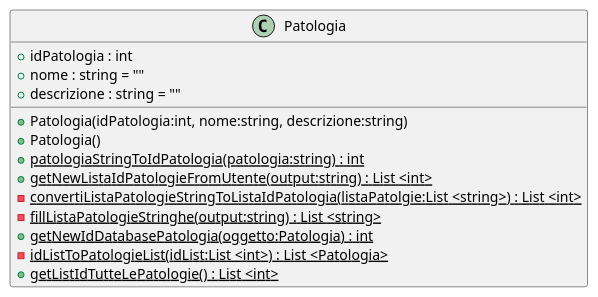
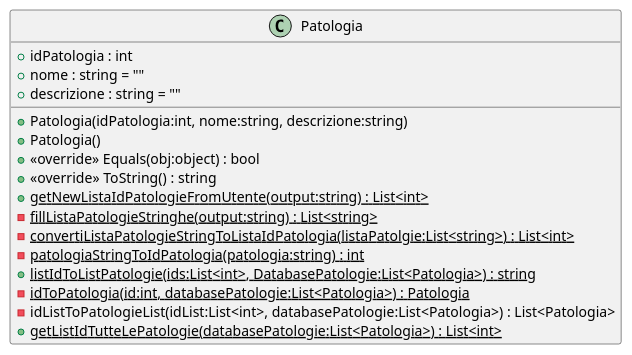
The diagram in doc/plantUml con associazioni/Patologia.puml (zSavT/Healthy-Catering), drawn with PlantUML before and after one commit. The commit also changed 26 other files, not shown here.

Commit message:
aggiornati uml (anche immagini)

```diff
--- a/doc/plantUml con associazioni/Patologia.puml
+++ b/doc/plantUml con associazioni/Patologia.puml
@@ -1,16 +1,19 @@
 @startuml
 class Patologia {
     + idPatologia : int
     + nome : string = ""
     + descrizione : string = ""
     + Patologia(idPatologia:int, nome:string, descrizione:string)
     + Patologia()
-    + {static} patologiaStringToIdPatologia(patologia:string) : int
-    + {static} getNewListaIdPatologieFromUtente(output:string) : List <int>
-    - {static} convertiListaPatologieStringToListaIdPatologia(listaPatolgie:List <string>) : List <int>
-    - {static} fillListaPatologieStringhe(output:string) : List <string>
-    + {static} getNewIdDatabasePatologia(oggetto:Patologia) : int
-    - {static} idListToPatologieList(idList:List <int>) : List <Patologia>
-    + {static} getListIdTutteLePatologie() : List <int>
+    + <<override>> Equals(obj:object) : bool
+    + <<override>> ToString() : string
+    + {static} getNewListaIdPatologieFromUtente(output:string) : List<int>
+    - {static} fillListaPatologieStringhe(output:string) : List<string>
+    - {static} convertiListaPatologieStringToListaIdPatologia(listaPatolgie:List<string>) : List<int>
+    - {static} patologiaStringToIdPatologia(patologia:string) : int
+    + {static} listIdToListPatologie(ids:List<int>, DatabasePatologie:List<Patologia>) : string
+    - {static} idToPatologia(id:int, databasePatologie:List<Patologia>) : Patologia
+    - idListToPatologieList(idList:List<int>, databasePatologie:List<Patologia>) : List<Patologia>
+    + {static} getListIdTutteLePatologie(databasePatologie:List<Patologia>) : List<int>
 }
 @enduml
```
